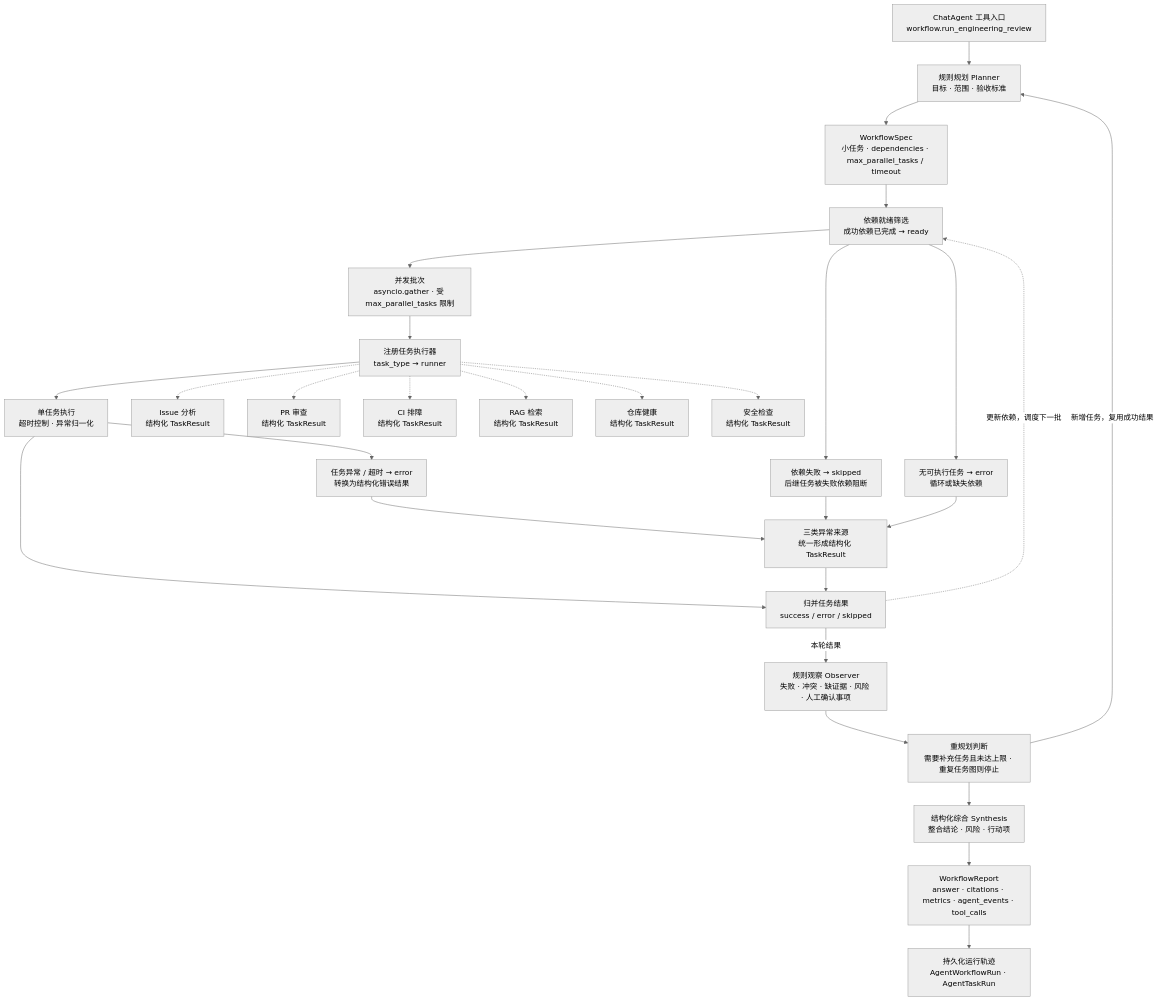
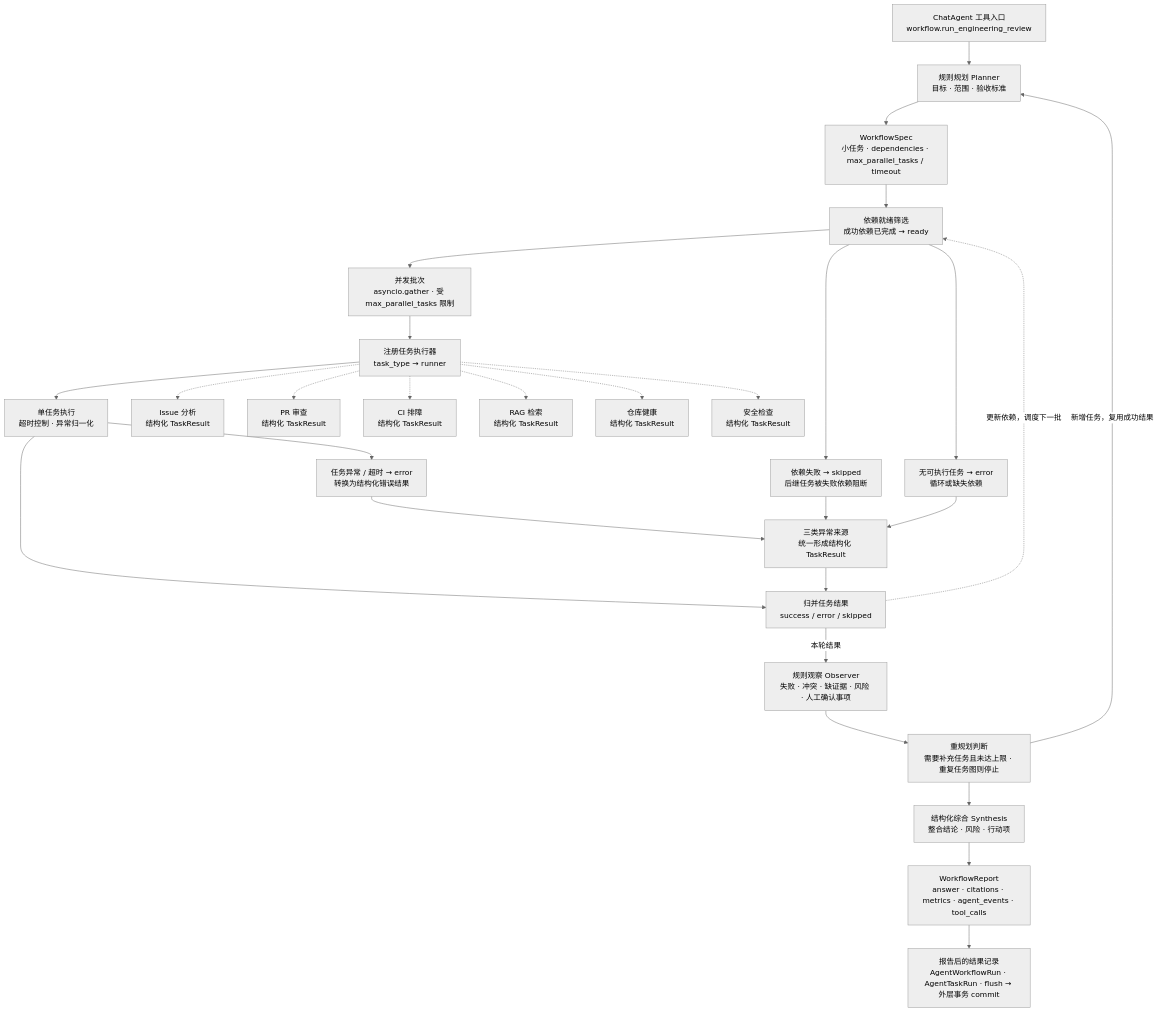
One commit to ytinyx/DevHarbor changed the diagram in docs/diagrams/agent-workflow.mmd. Above: the diagram before and after it, drawn with Mermaid (neutral theme). The commit also changed 13 other files, not shown here.

First line of the commit message:
docs: explain architecture execution boundaries and security controls (#15)

```diff
--- a/docs/diagrams/agent-workflow.mmd
+++ b/docs/diagrams/agent-workflow.mmd
@@ -1,52 +1,52 @@
 %% Generated by scripts/render_docs.py; semantic flow, SVG has curated layout.
 flowchart TD
   entry["ChatAgent 工具入口<br/>workflow.run_engineering_review"]
   planner["规则规划 Planner<br/>目标 · 范围 · 验收标准"]
   spec["WorkflowSpec<br/>小任务 · dependencies · max_parallel_tasks / timeout"]
   ready["依赖就绪筛选<br/>成功依赖已完成 → ready"]
   entry --> planner
   planner --> spec
   spec --> ready
   results["归并任务结果<br/>success / error / skipped"]
   run["单任务执行<br/>超时控制 · 异常归一化"]
   runner["注册任务执行器<br/>task_type → runner"]
   batch["并发批次<br/>asyncio.gather · 受 max_parallel_tasks 限制"]
   ready --> batch
   batch --> runner
   runner --> run
   run --> results
   results -.->|更新依赖，调度下一批| ready
   issue["Issue 分析<br/>结构化 TaskResult"]
   runner -.-> issue
   pr["PR 审查<br/>结构化 TaskResult"]
   runner -.-> pr
   ci["CI 排障<br/>结构化 TaskResult"]
   runner -.-> ci
   knowledge["RAG 检索<br/>结构化 TaskResult"]
   runner -.-> knowledge
   health["仓库健康<br/>结构化 TaskResult"]
   runner -.-> health
   safe["安全检查<br/>结构化 TaskResult"]
   runner -.-> safe
   observer["规则观察 Observer<br/>失败 · 冲突 · 缺证据 · 风险 · 人工确认事项"]
   replan["重规划判断<br/>需要补充任务且未达上限 · 重复任务图则停止"]
   synthesis["结构化综合 Synthesis<br/>整合结论 · 风险 · 行动项"]
   report["WorkflowReport<br/>answer · citations · metrics · agent_events · tool_calls"]
   results -->|本轮结果| observer
   observer --> replan
   replan --> synthesis
   synthesis --> report
   replan -->|新增任务，复用成功结果| planner
-  persist["持久化运行轨迹<br/>AgentWorkflowRun · AgentTaskRun"]
+  persist["报告后的结果记录<br/>AgentWorkflowRun · AgentTaskRun · flush → 外层事务 commit"]
   report --> persist
   blocked["依赖失败 → skipped<br/>后继任务被失败依赖阻断"]
   cycle["无可执行任务 → error<br/>循环或缺失依赖"]
   error["任务异常 / 超时 → error<br/>转换为结构化错误结果"]
   exceptions["三类异常来源<br/>统一形成结构化 TaskResult"]
   ready --> blocked
   ready --> cycle
   run --> error
   blocked --> exceptions
   cycle --> exceptions
   error --> exceptions
   exceptions --> results
```
